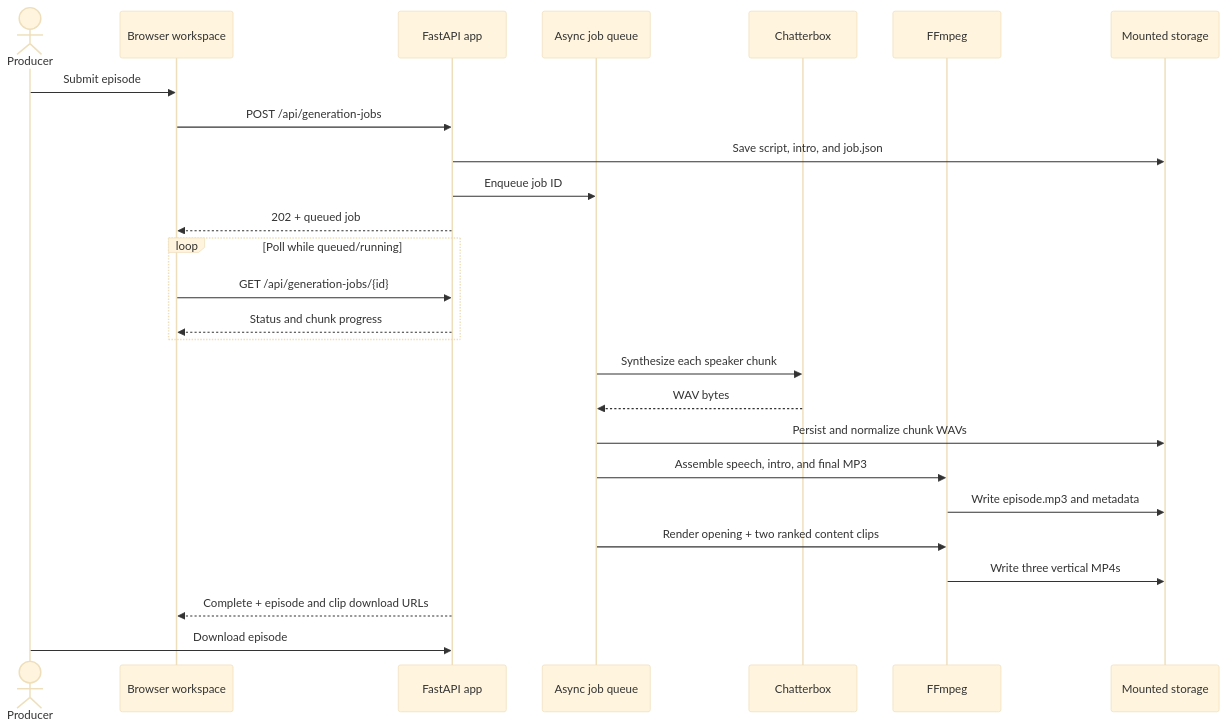
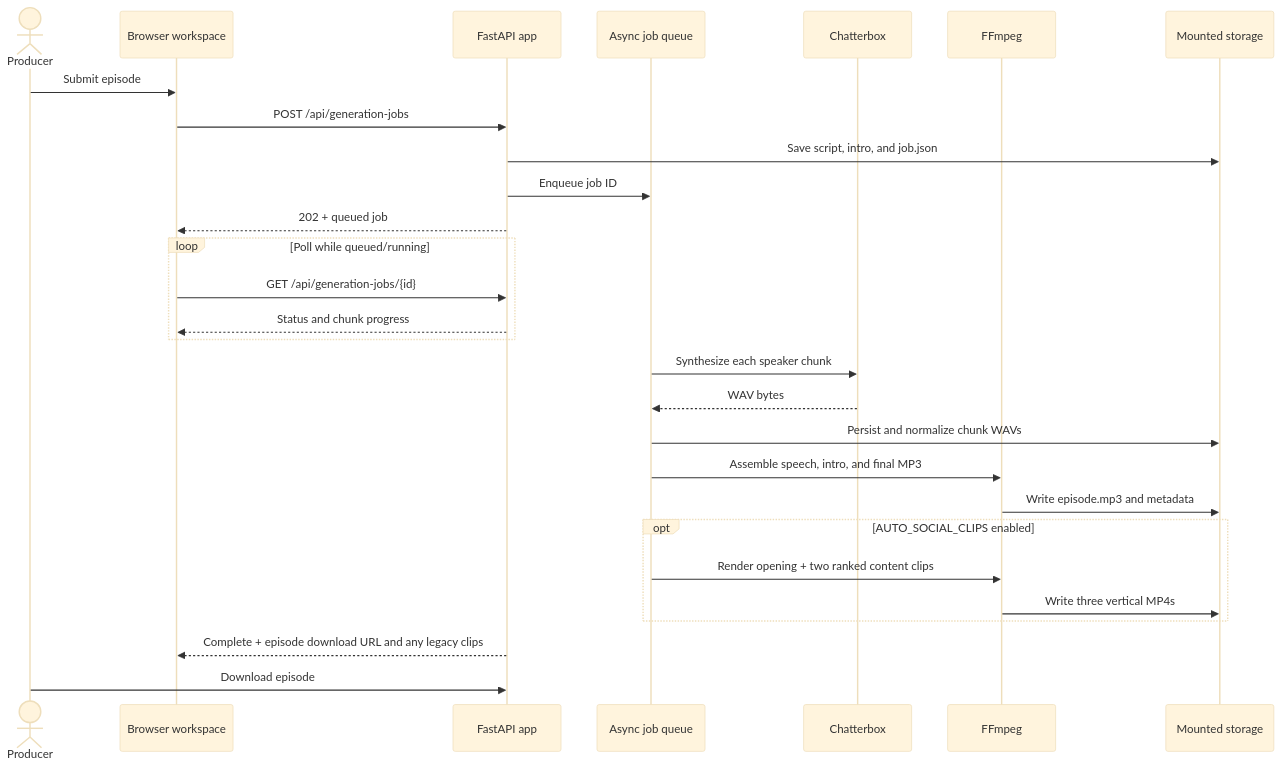
One commit to p8reit/patch-notes-America changed the second of 4 diagrams in docs/application-design-map.md. Above: the diagram before and after it, drawn with Mermaid (base theme). The commit also changed other lines of this file and 11 other files, not shown here.

````diff
--- a/docs/application-design-map.md
+++ b/docs/application-design-map.md
@@ -140,29 +140,31 @@
 ```mermaid
 sequenceDiagram
     actor Producer
     participant UI as Browser workspace
     participant API as FastAPI app
     participant Queue as Async job queue
     participant TTS as Chatterbox
     participant FFmpeg
     participant Disk as Mounted storage
 
     Producer->>UI: Submit episode
     UI->>API: POST /api/generation-jobs
     API->>Disk: Save script, intro, and job.json
     API->>Queue: Enqueue job ID
     API-->>UI: 202 + queued job
     loop Poll while queued/running
         UI->>API: GET /api/generation-jobs/{id}
         API-->>UI: Status and chunk progress
     end
     Queue->>TTS: Synthesize each speaker chunk
     TTS-->>Queue: WAV bytes
     Queue->>Disk: Persist and normalize chunk WAVs
     Queue->>FFmpeg: Assemble speech, intro, and final MP3
     FFmpeg->>Disk: Write episode.mp3 and metadata
+    opt AUTO_SOCIAL_CLIPS enabled
     Queue->>FFmpeg: Render opening + two ranked content clips
     FFmpeg->>Disk: Write three vertical MP4s
-    API-->>UI: Complete + episode and clip download URLs
+    end
+    API-->>UI: Complete + episode download URL and any legacy clips
     Producer->>API: Download episode
 ```
````
